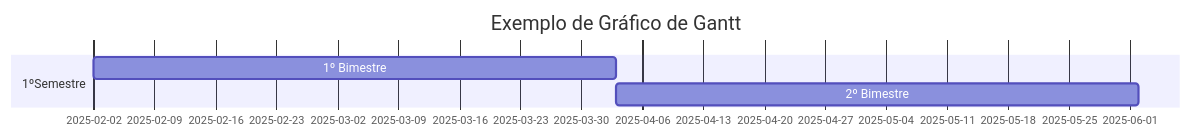
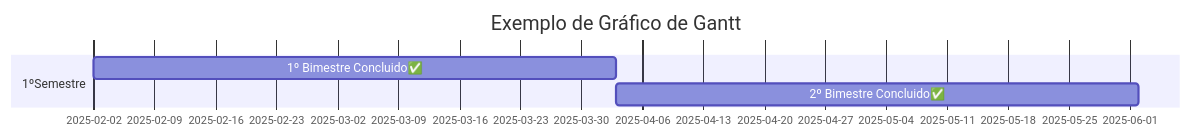
One commit to bruno-edlp/grafico_de_Gantt changed the third of 3 diagrams in README.md. Above: the diagram before and after it, drawn with Mermaid. The commit also changed other lines of this file, not shown here.

````diff
--- a/README.md
+++ b/README.md
@@ -17,9 +17,9 @@
 ```mermaid
 gantt
     title Exemplo de Gráfico de Gantt
     dateFormat YYYY-MM-DD
     section 1ºSemestre
-    1º Bimestre :a1, 2025-02-02, 60d
-    2º Bimestre :a2, after a1, 60d
+    1º Bimestre Concluido✅:a1, 2025-02-02, 60d
+    2º Bimestre Concluido✅:a2, after a1, 60d
     section 2ºSemestre
 ```
````
